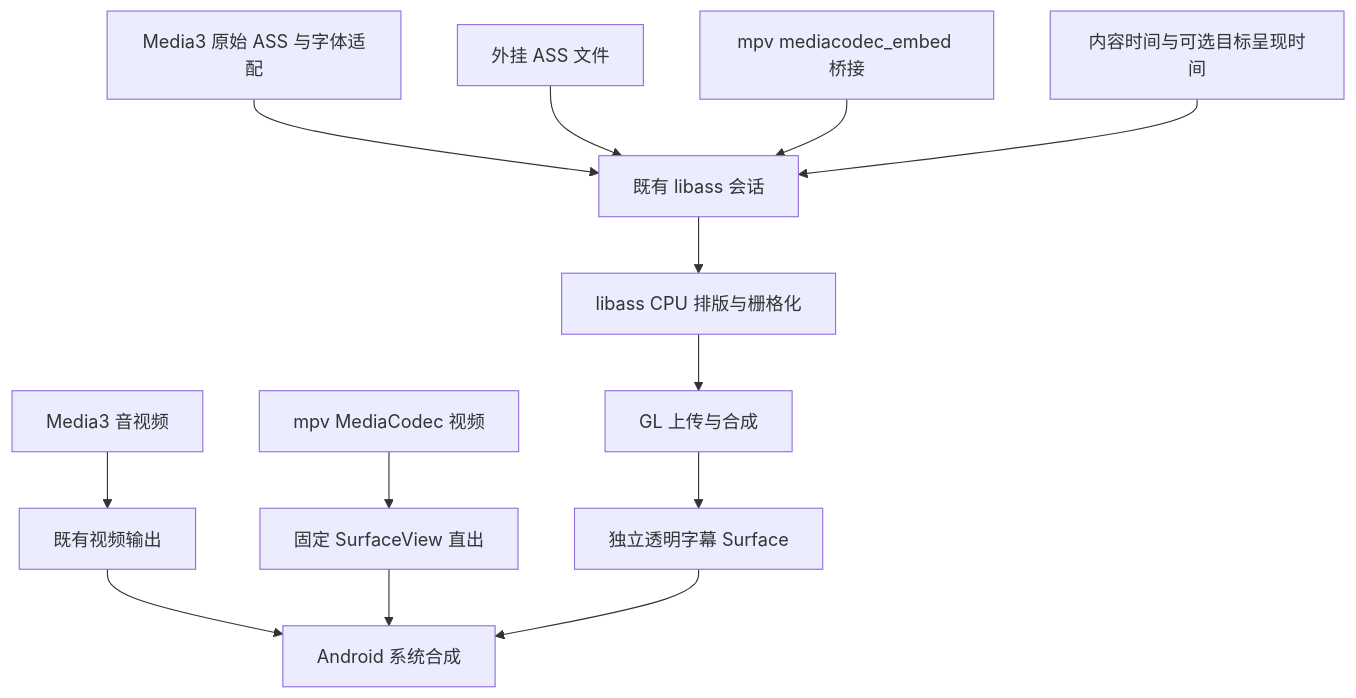
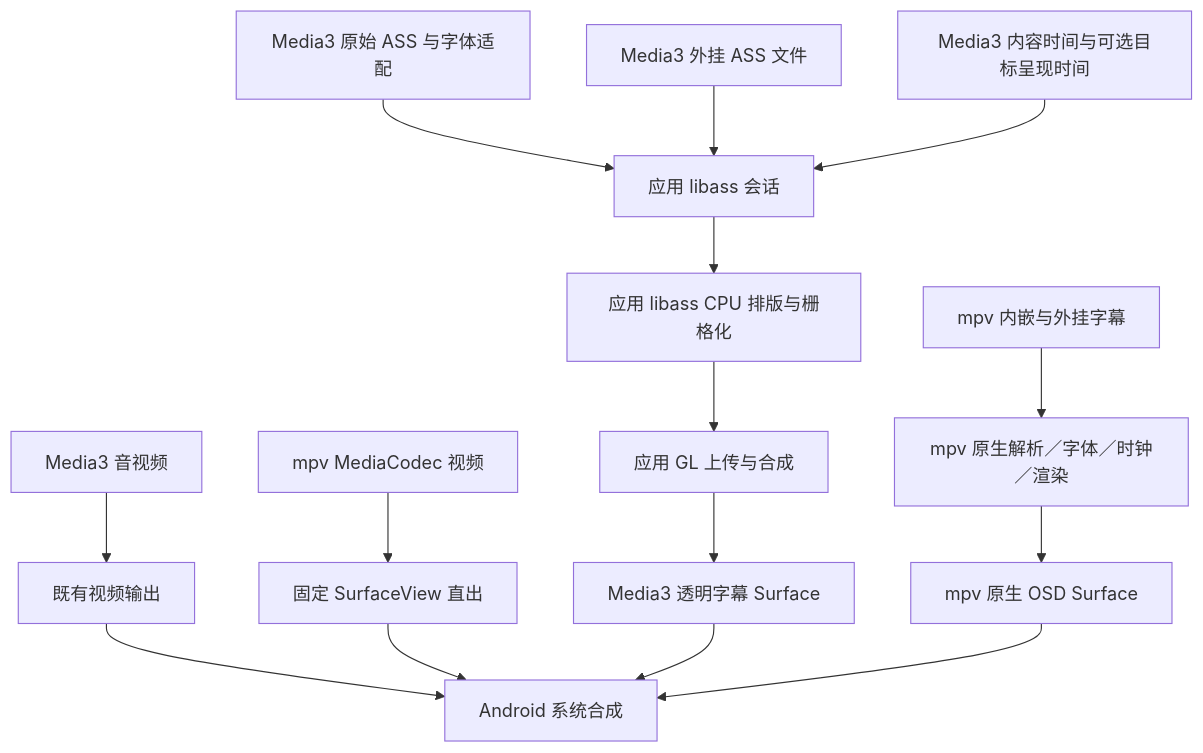
The diagram in docs/superpowers/designs/2026-10-29-media3-libass-integration-design.md (okami-horo/DDPlayTV), drawn with Mermaid before and after one commit. The commit also changed other lines of this file and 33 other files, not shown here.

First line of the commit message:
feat(player): Media3 内核接入 libass 字幕渲染管线

````diff
--- a/docs/superpowers/designs/2026-10-29-media3-libass-integration-design.md
+++ b/docs/superpowers/designs/2026-10-29-media3-libass-integration-design.md
@@ -66,15 +70,17 @@
 ```mermaid
 flowchart TD
     M[Media3 音视频] --> V[既有视频输出]
     PV[mpv MediaCodec 视频] --> PS[固定 SurfaceView 直出]
-    A[Media3 原始 ASS 与字体适配] --> S[既有 libass 会话]
-    E[外挂 ASS 文件] --> S
-    P[mpv mediacodec_embed 桥接] --> S
-    T[内容时间与可选目标呈现时间] --> S
-    S --> L[libass CPU 排版与栅格化]
-    L --> G[GL 上传与合成]
-    G --> O[独立透明字幕 Surface]
+    A[Media3 原始 ASS 与字体适配] --> S[应用 libass 会话]
+    E[Media3 外挂 ASS 文件] --> S
+    T[Media3 内容时间与可选目标呈现时间] --> S
+    S --> L[应用 libass CPU 排版与栅格化]
+    L --> G[应用 GL 上传与合成]
+    G --> O[Media3 透明字幕 Surface]
+    P[mpv 内嵌与外挂字幕] --> N[mpv 原生解析／字体／时钟／渲染]
+    N --> OS[mpv 原生 OSD Surface]
     V --> C[Android 系统合成]
     PS --> C
     O --> C
+    OS --> C
 ```
````
